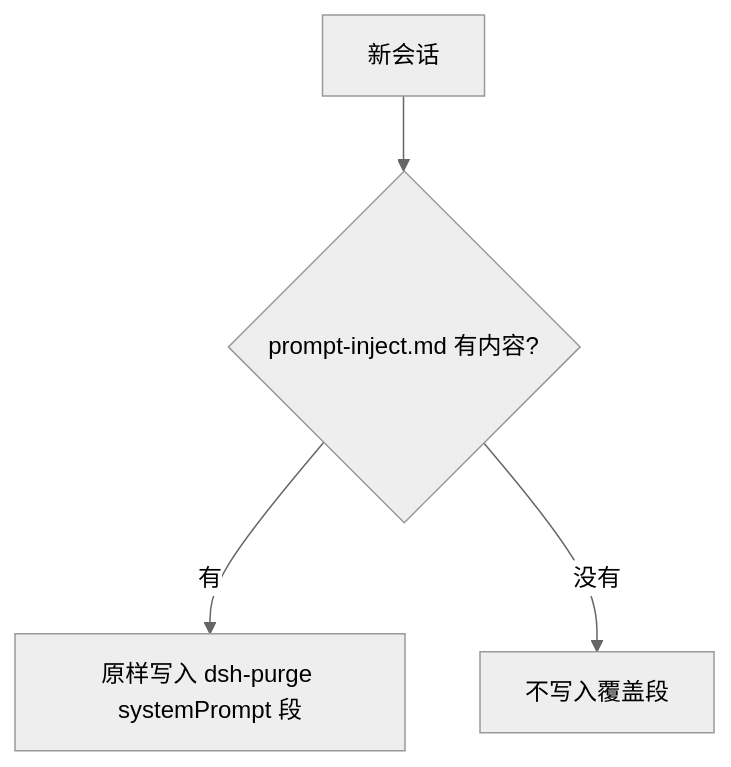
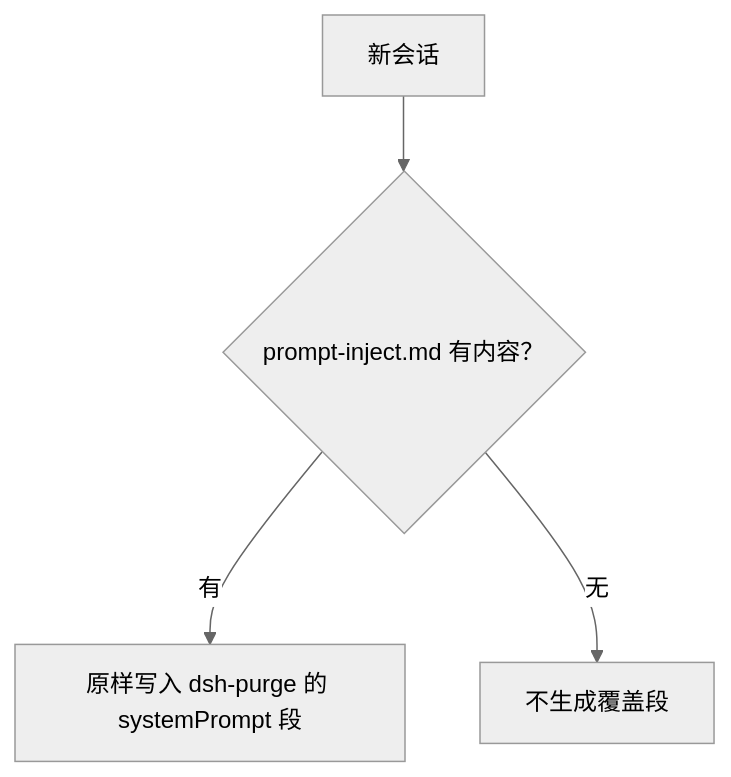
The second of 3 diagrams in README.zh-CN.md (jmx124112/dsh-purge-selfhost), drawn with Mermaid (neutral theme) before and after one commit. The commit also changed other lines of this file and 4 other files, not shown here.

````diff
--- a/README.zh-CN.md
+++ b/README.zh-CN.md
@@ -694,6 +91,6 @@
 ```mermaid
 flowchart TD
-  A["新会话"] --> B{"prompt-inject.md 有内容?"}
-  B -->|有| C["原样写入 dsh-purge systemPrompt 段"]
-  B -->|没有| D["不写入覆盖段"]
+  A["新会话"] --> B{"prompt-inject.md 有内容？"}
+  B -->|有| C["原样写入 dsh-purge 的 systemPrompt 段"]
+  B -->|无| D["不生成覆盖段"]
 ```
````
